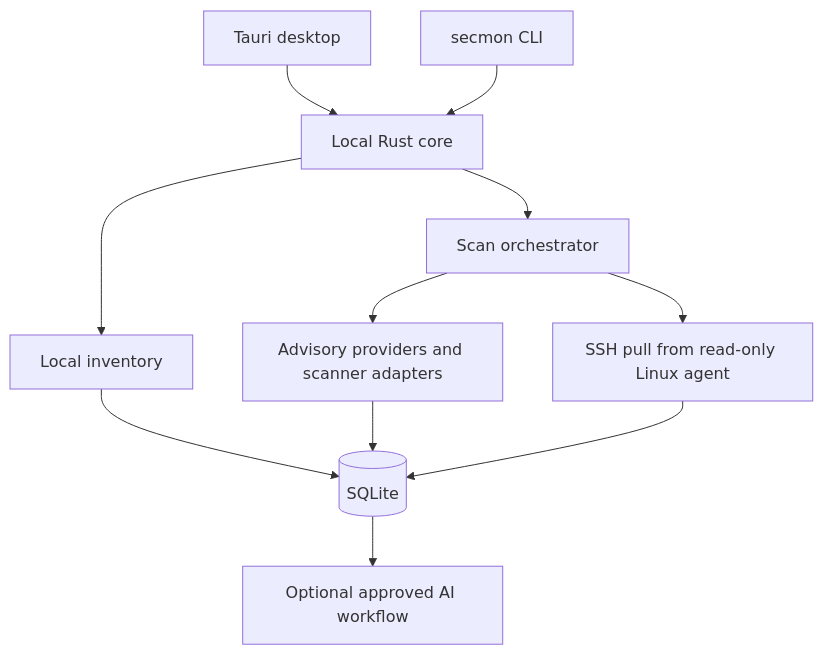
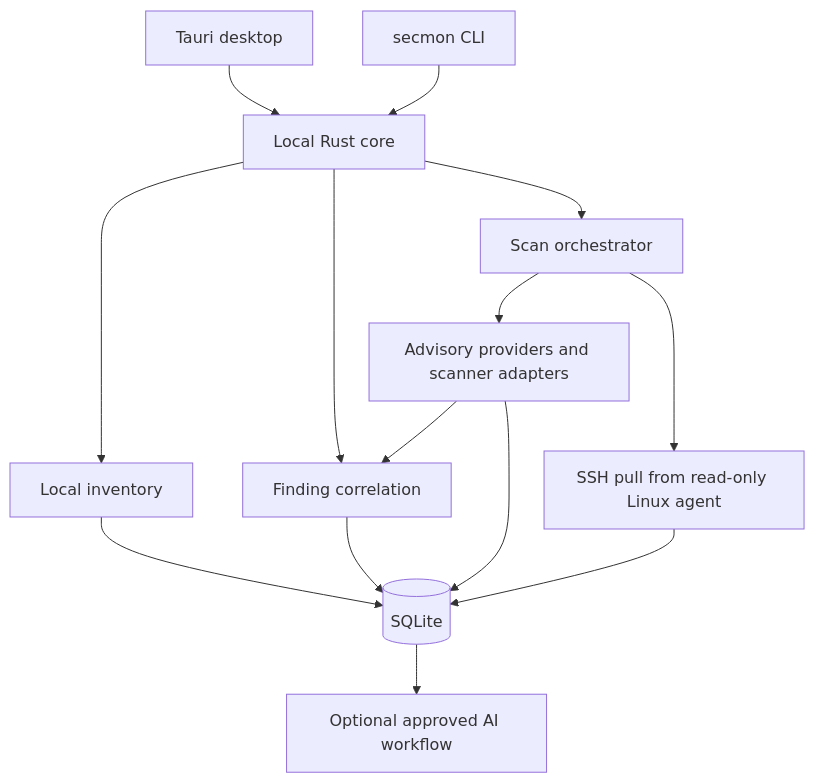
One commit to umitaltinozzz/security-monitor changed the diagram in docs/architecture.md. Above: the diagram before and after it, drawn with Mermaid. The commit also changed other lines of this file and 30 other files, not shown here.

Commit message:
feat(correlation): add deterministic finding engine

````diff
--- a/docs/architecture.md
+++ b/docs/architecture.md
@@ -16,13 +16,16 @@
 ```mermaid
 flowchart TD
   Desktop[Tauri desktop] --> Core[Local Rust core]
   CLI[secmon CLI] --> Core
   Core --> Inventory[Local inventory]
   Core --> Orchestrator[Scan orchestrator]
+  Core --> Correlation[Finding correlation]
   Inventory --> DB[(SQLite)]
   Orchestrator --> Providers[Advisory providers and scanner adapters]
+  Providers --> Correlation
+  Correlation --> DB
   Orchestrator --> Agent[SSH pull from read-only Linux agent]
   Providers --> DB
   Agent --> DB
   DB --> AI[Optional approved AI workflow]
 ```
````
